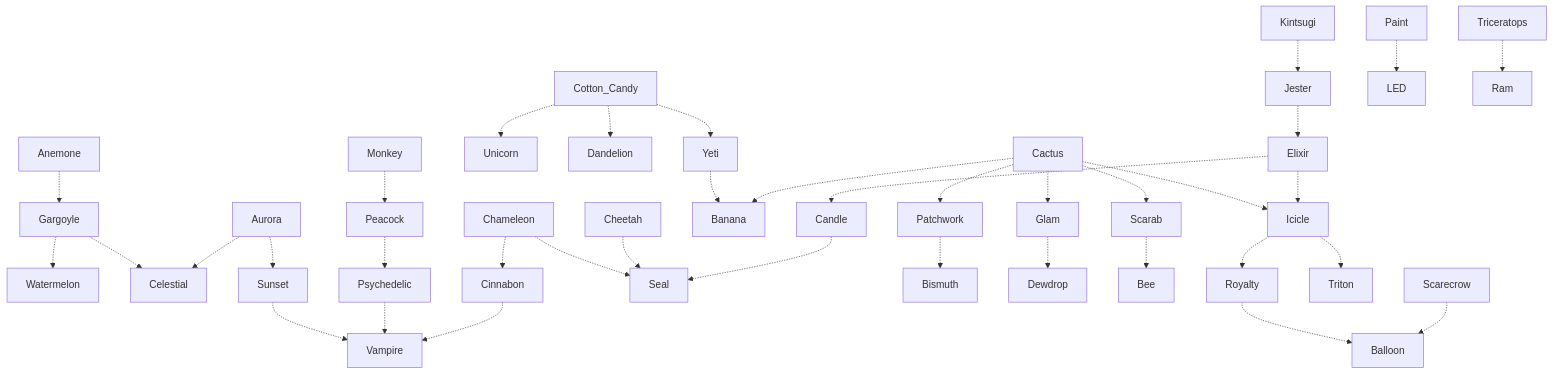
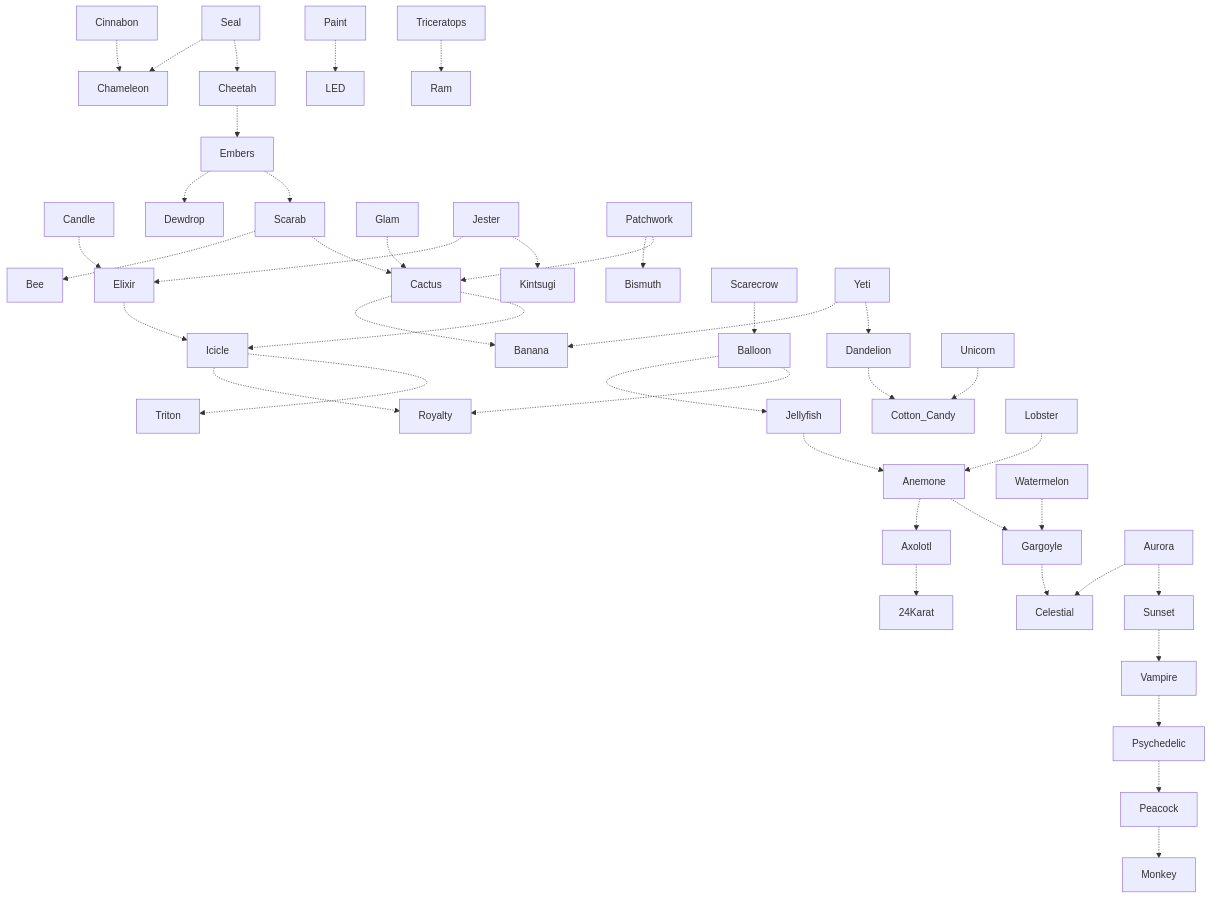
One commit to g1ddy/PeridotArchetypeFinder changed the diagram in Peridot-ArchetypeTree.md. Above: the diagram before and after it, drawn with Mermaid. The commit also changed 1 other file, not shown here.

Commit message:
updating main and external MST

````diff
--- a/Peridot-ArchetypeTree.md
+++ b/Peridot-ArchetypeTree.md
@@ -3,48 +3,45 @@
 ```mermaid
 flowchart
 
+Anemone -.-> Axolotl
 Anemone -.-> Gargoyle
-Gargoyle -.-> Watermelon
-Gargoyle -.-> Celestial
-
 Aurora -.-> Celestial
 Aurora -.-> Sunset
-Sunset -.-> Vampire
-
-Monkey -.-> Peacock
-Peacock -.-> Psychedelic
-Psychedelic -.-> Vampire
-
-Cinnabon -.-> Vampire
-Chameleon -.-> Cinnabon
-Chameleon -.-> Seal
-
-Cheetah -.-> Seal
-Cotton_Candy -.-> Unicorn
-Cotton_Candy -.-> Dandelion
-Cotton_Candy -.-> Yeti
-Yeti -.-> Banana
-
+Axolotl -.-> 24Karat
+Balloon -.-> Jellyfish
+Balloon -.-> Royalty
 Cactus -.-> Banana
-Cactus -.-> Patchwork
-Patchwork -.-> Bismuth
-Cactus -.-> Glam
-Glam -.-> Dewdrop
 Cactus -.-> Icicle
-Cactus -.-> Scarab
-Scarab -.-> Bee
-
+Candle -.-> Elixir
+Cheetah -.-> Embers
+Cinnabon -.-> Chameleon
+Dandelion -.-> Cotton_Candy
 Elixir -.-> Icicle
+Embers -.-> Dewdrop
+Embers -.-> Scarab
+Gargoyle -.-> Celestial
+Glam -.-> Cactus
 Icicle -.-> Royalty
 Icicle -.-> Triton
-Elixir -.-> Candle
+Jellyfish -.-> Anemone
 Jester -.-> Elixir
-Candle -.-> Seal
-
-Kintsugi -.-> Jester
-Royalty -.-> Balloon
+Jester -.-> Kintsugi
+Lobster -.-> Anemone
+Paint -.-> LED
+Patchwork -.-> Bismuth
+Patchwork -.-> Cactus
+Peacock -.-> Monkey
+Psychedelic -.-> Peacock
+Scarab -.-> Bee
+Scarab -.-> Cactus
 Scarecrow -.-> Balloon
-
-Paint -.-> LED
+Seal -.-> Chameleon
+Seal -.-> Cheetah
+Sunset -.-> Vampire
 Triceratops -.-> Ram
+Unicorn -.-> Cotton_Candy
+Vampire -.-> Psychedelic
+Watermelon -.-> Gargoyle
+Yeti -.-> Banana
+Yeti -.-> Dandelion
 ```
````
